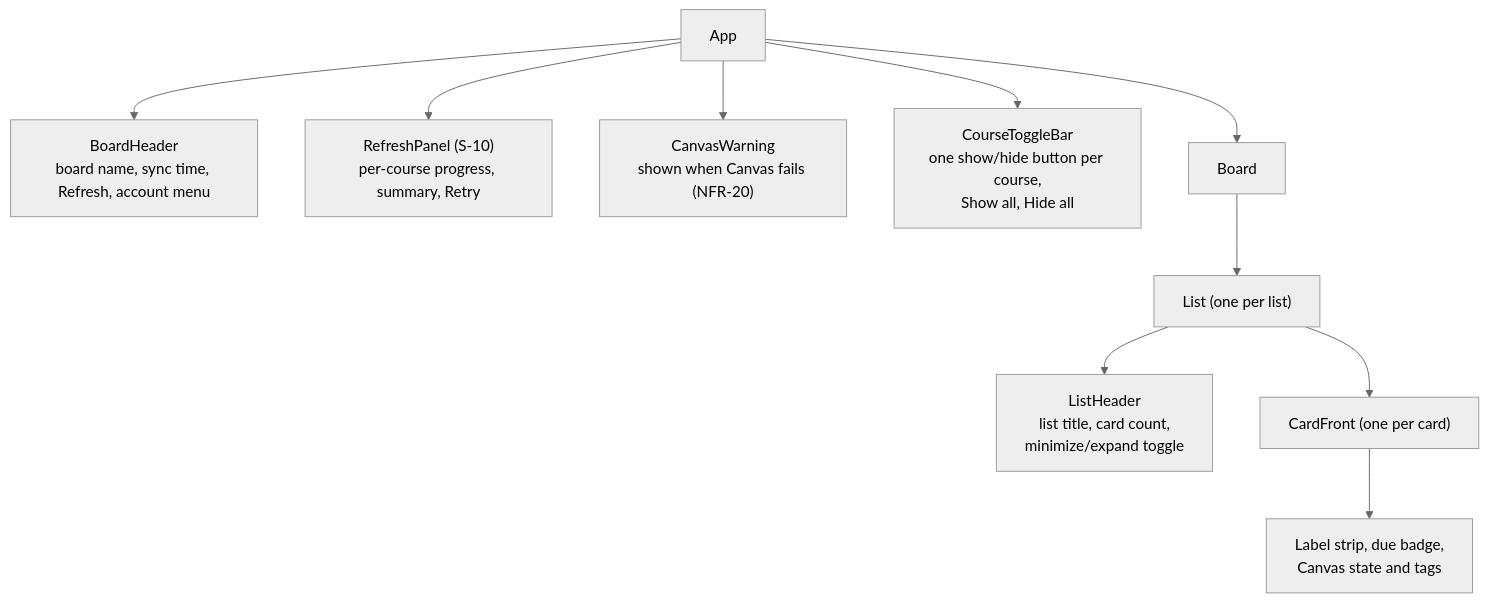
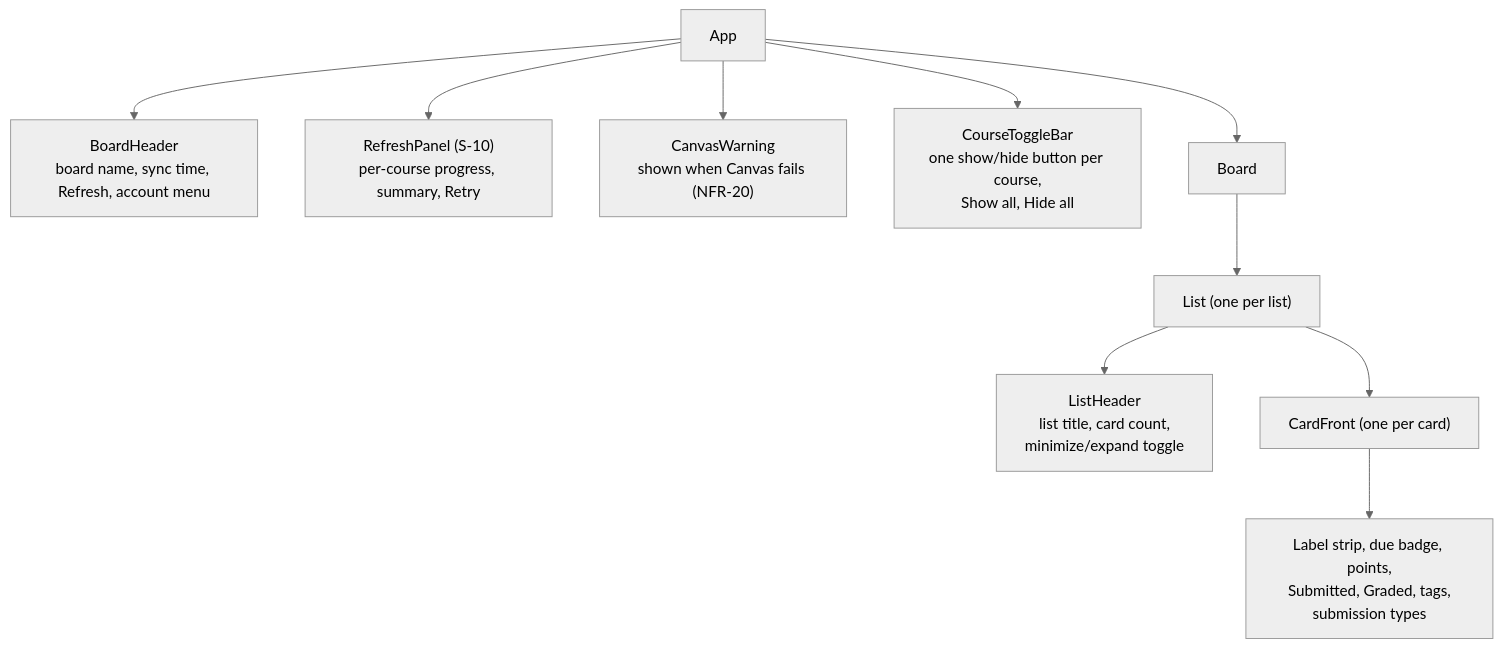
The sixth of 6 diagrams in docs/canvas-portal/03-design.md (bbranton/TestProj), drawn with Mermaid (neutral theme) before and after one commit. The commit also changed other lines of this file and 1 other file, not shown here.

First line of the commit message:
Design: card status rules from FR-23, and no GraphQL

````diff
--- a/docs/canvas-portal/03-design.md
+++ b/docs/canvas-portal/03-design.md
@@ -669,12 +668,12 @@
 ```mermaid
 flowchart TD
     App --> Header["BoardHeader<br/>board name, sync time, Refresh, account menu"]
     App --> Progress["RefreshPanel (S-10)<br/>per-course progress, summary, Retry"]
     App --> Banner["CanvasWarning<br/>shown when Canvas fails (NFR-20)"]
     App --> Toggles["CourseToggleBar<br/>one show/hide button per course,<br/>Show all, Hide all"]
     App --> Board
     Board --> List["List (one per list)"]
     List --> ListHeader["ListHeader<br/>list title, card count,<br/>minimize/expand toggle"]
     List --> Card["CardFront (one per card)"]
-    Card --> Badges["Label strip, due badge,<br/>Canvas state and tags"]
+    Card --> Badges["Label strip, due badge, points,<br/>Submitted, Graded, tags,<br/>submission types"]
 ```
````
